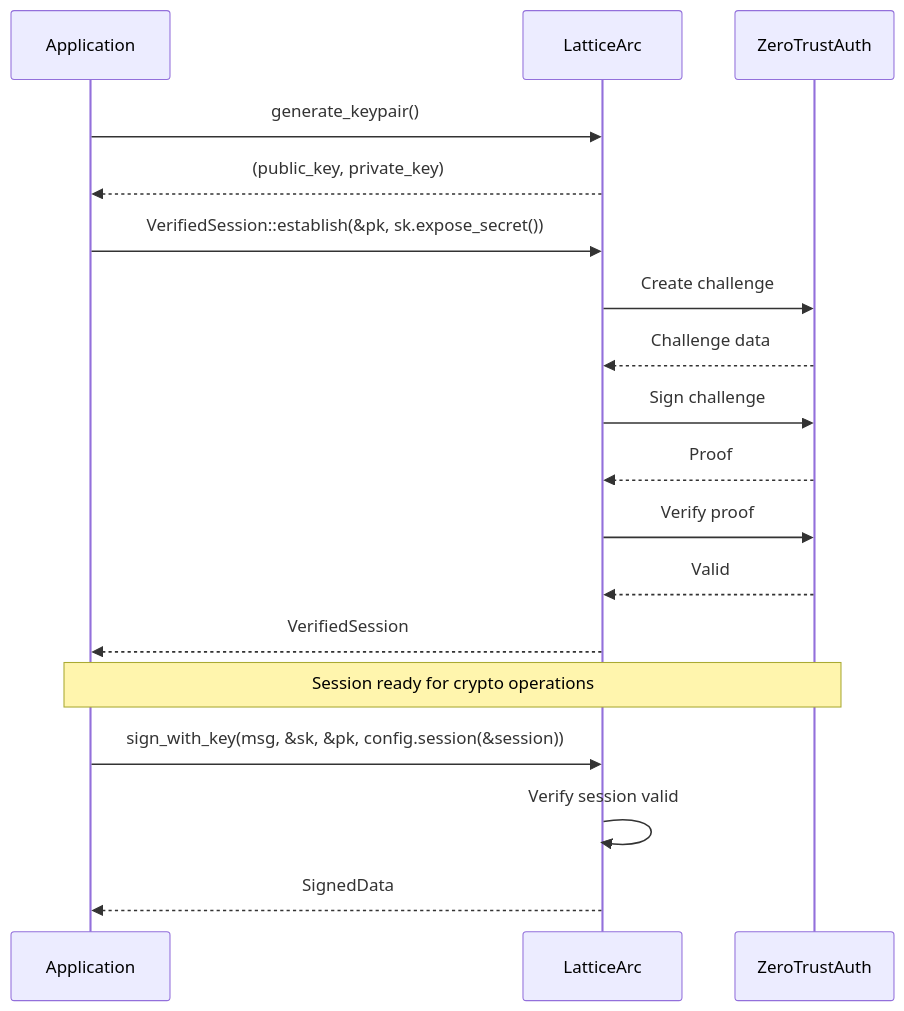
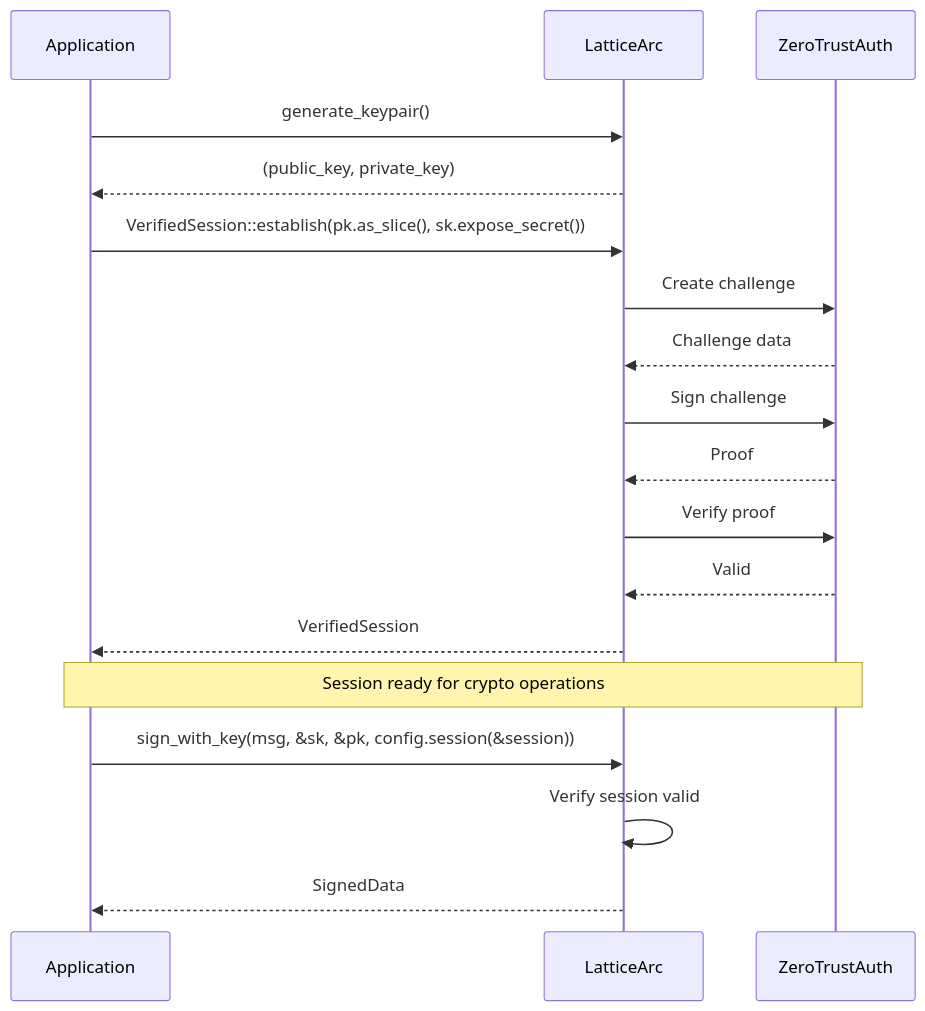
Before and after one commit to LatticeArc/latticearc: the sixth of 7 diagrams in docs/UNIFIED_API_GUIDE.md, drawn with Mermaid. The commit also changed other lines of this file and 5 other files, not shown here.

````diff
--- a/docs/UNIFIED_API_GUIDE.md
+++ b/docs/UNIFIED_API_GUIDE.md
@@ -404,24 +407,24 @@
 ```mermaid
 sequenceDiagram
     participant App as Application
     participant LA as LatticeArc
     participant ZT as ZeroTrustAuth
 
     App->>LA: generate_keypair()
     LA-->>App: (public_key, private_key)
 
-    App->>LA: VerifiedSession::establish(&pk, sk.expose_secret())
+    App->>LA: VerifiedSession::establish(pk.as_slice(), sk.expose_secret())
     LA->>ZT: Create challenge
     ZT-->>LA: Challenge data
     LA->>ZT: Sign challenge
     ZT-->>LA: Proof
     LA->>ZT: Verify proof
     ZT-->>LA: Valid
     LA-->>App: VerifiedSession
 
     Note over App,ZT: Session ready for crypto operations
 
     App->>LA: sign_with_key(msg, &sk, &pk, config.session(&session))
     LA->>LA: Verify session valid
     LA-->>App: SignedData
 ```
````
